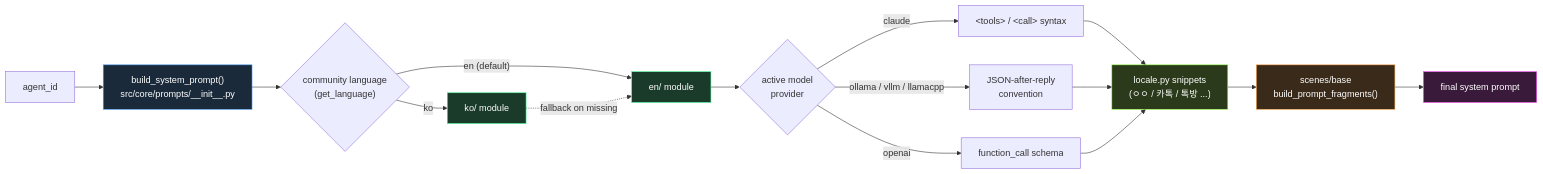
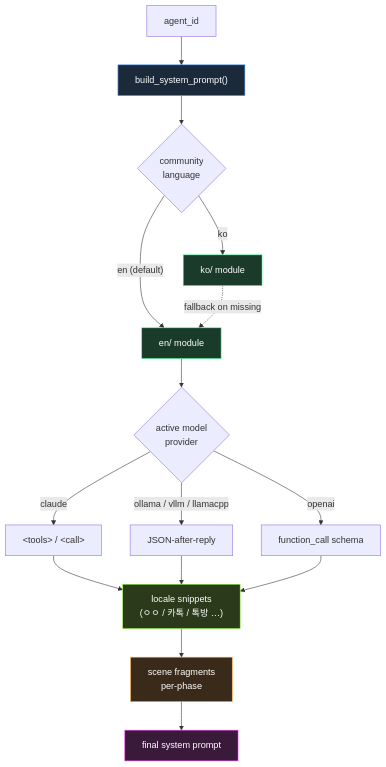
One commit to je-empty/Glimi changed the sixth of 7 diagrams in README.md. Above: the diagram before and after it, drawn with Mermaid. The commit also changed other lines of this file and 2 other files, not shown here.

First line of the commit message:
docs: README 톤 정돈 + long-form blog 분리 + mermaid 레이아웃 정리

````diff
--- a/README.md
+++ b/README.md
@@ -399,22 +323,22 @@
 ```mermaid
-flowchart LR
-    A["agent_id"] --> B["build_system_prompt()<br/>src/core/prompts/__init__.py"]
-    B --> C{"community language<br/>(get_language)"}
-    C -->|"ko"| D["ko/ module"]
+flowchart TB
+    A["agent_id"] --> B["build_system_prompt()"]
+    B --> C{"community<br/>language"}
+    C -->|ko| D["ko/ module"]
     C -->|"en (default)"| E["en/ module"]
-    D -. fallback on missing .-> E
+    D -. "fallback on missing" .-> E
     E --> F{"active model<br/>provider"}
-    F -->|"claude"| G1["&lt;tools&gt; / &lt;call&gt; syntax"]
-    F -->|"ollama / vllm / llamacpp"| G2["JSON-after-reply<br/>convention"]
-    F -->|"openai"| G3["function_call schema"]
-    G1 & G2 & G3 --> H["locale.py snippets<br/>(ㅇㅇ / 카톡 / 톡방 ...)"]
-    H --> I["scenes/base<br/>build_prompt_fragments()"]
+    F -->|claude| G1["&lt;tools&gt; / &lt;call&gt;"]
+    F -->|"ollama / vllm / llamacpp"| G2["JSON-after-reply"]
+    F -->|openai| G3["function_call schema"]
+    G1 & G2 & G3 --> H["locale snippets<br/>(ㅇㅇ / 카톡 / 톡방 …)"]
+    H --> I["scene fragments<br/>per-phase"]
     I --> J["final system prompt"]
 
     style B fill:#1a2a3a,stroke:#4a9eff,color:#fff
     style D fill:#1a3a2a,stroke:#4aff9e,color:#fff
     style E fill:#1a3a2a,stroke:#4aff9e,color:#fff
     style H fill:#2a3a1a,stroke:#9aff4a,color:#fff
     style I fill:#3a2a1a,stroke:#ffaa4a,color:#fff
     style J fill:#3a1a3a,stroke:#ff4aff,color:#fff
 ```
````
